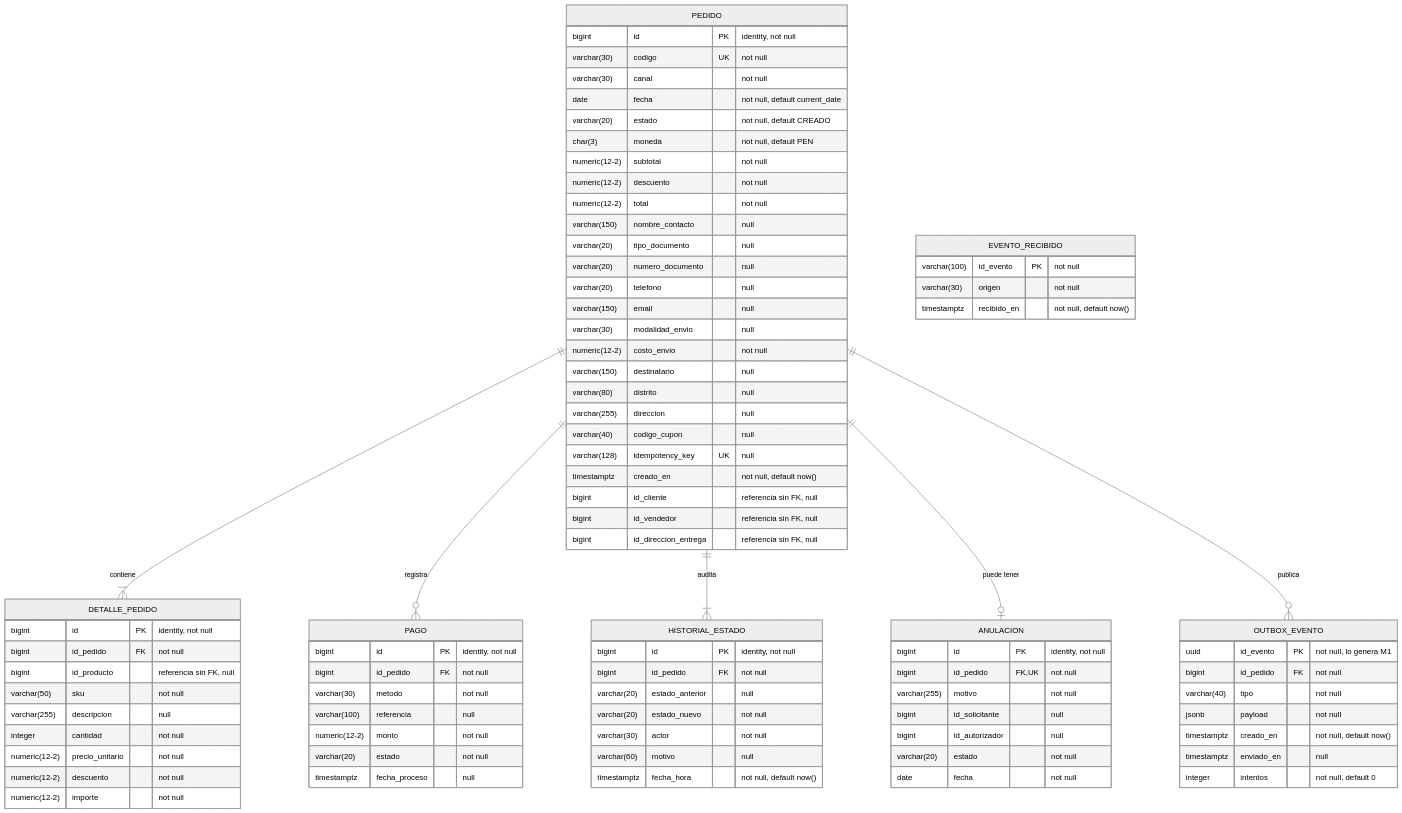
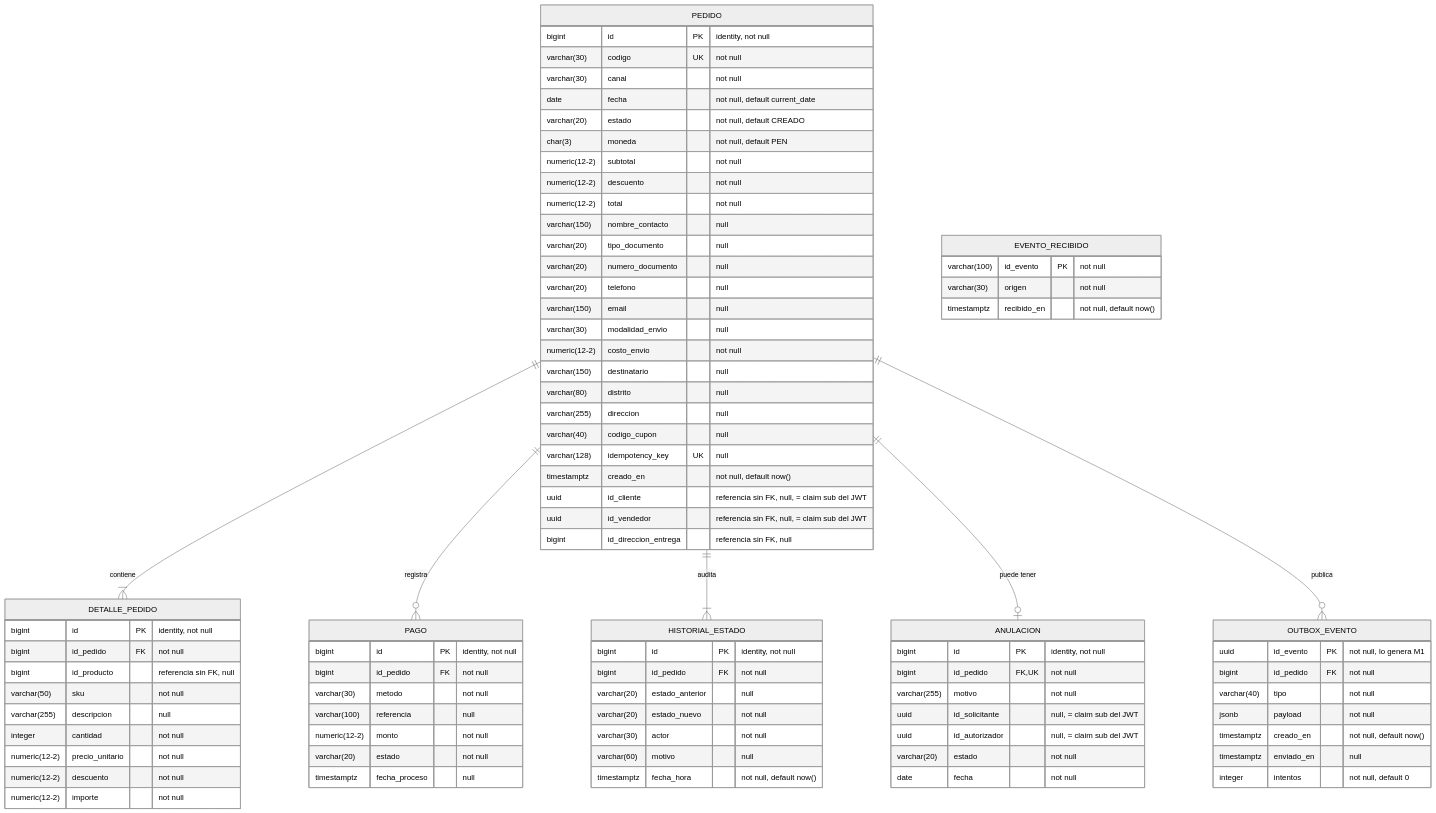
One commit to Taller-SW-Web/G5-Ventas-Postventas changed the first of 2 diagrams in diseno/diagramas/bd/diagrama-fisico.md. Above: the diagram before and after it, drawn with Mermaid (neutral theme). The commit also changed other lines of this file and 11 other files, not shown here.

```diff
--- a/diseno/diagramas/bd/diagrama-fisico.md
+++ b/diseno/diagramas/bd/diagrama-fisico.md
@@ -36,8 +38,8 @@
         varchar(40) codigo_cupon "null"
         varchar(128) idempotency_key UK "null"
         timestamptz creado_en "not null, default now()"
-        bigint id_cliente "referencia sin FK, null"
-        bigint id_vendedor "referencia sin FK, null"
+        uuid id_cliente "referencia sin FK, null, = claim sub del JWT"
+        uuid id_vendedor "referencia sin FK, null, = claim sub del JWT"
         bigint id_direccion_entrega "referencia sin FK, null"
     }
     DETALLE_PEDIDO {
@@ -73,8 +75,8 @@
         bigint id PK "identity, not null"
         bigint id_pedido FK,UK "not null"
         varchar(255) motivo "not null"
-        bigint id_solicitante "null"
-        bigint id_autorizador "null"
+        uuid id_solicitante "null, = claim sub del JWT"
+        uuid id_autorizador "null, = claim sub del JWT"
         varchar(20) estado "not null"
         date fecha "not null"
     }
```
